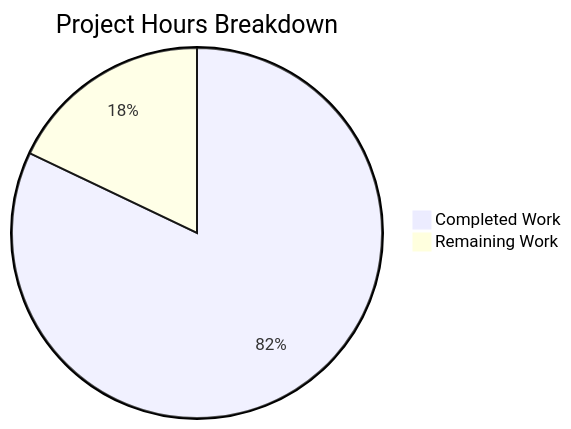
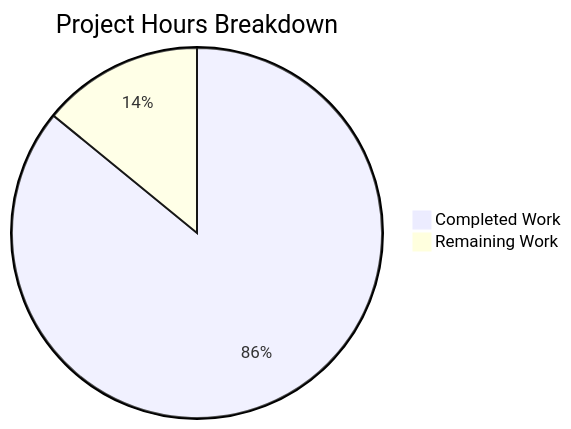
Before and after one commit to Blitzy-Sandbox/blitzy-WebVella-ERP: the second of 2 diagrams in blitzy/documentation/Project Guide.md, drawn with Mermaid. The commit also changed other lines of this file, not shown here.

Commit message:
Adding Blitzy Project Guide: Project Status and Human Tasks Remaining

````diff
--- a/blitzy/documentation/Project Guide.md
+++ b/blitzy/documentation/Project Guide.md
@@ -33,5 +247,5 @@
 ```mermaid
 pie title Project Hours Breakdown
-    "Completed Work" : 1100
-    "Remaining Work" : 240
+    "Completed Work" : 616
+    "Remaining Work" : 101
 ```
````
